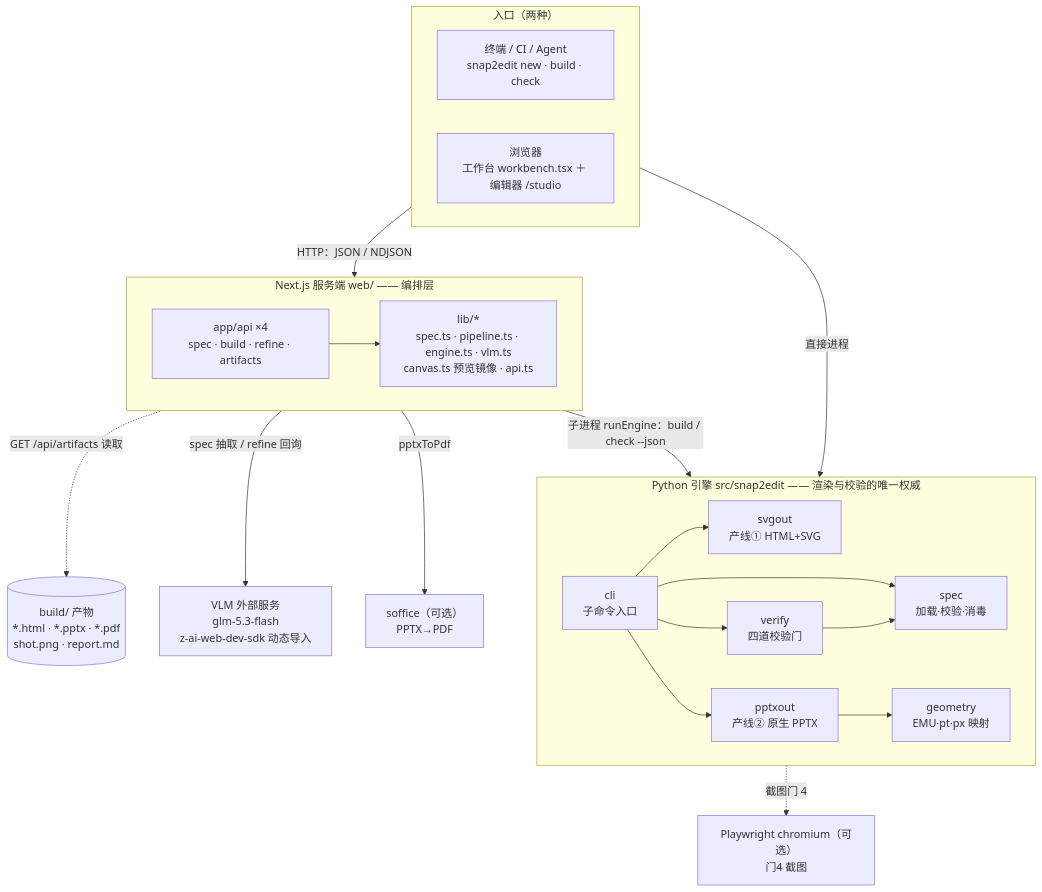
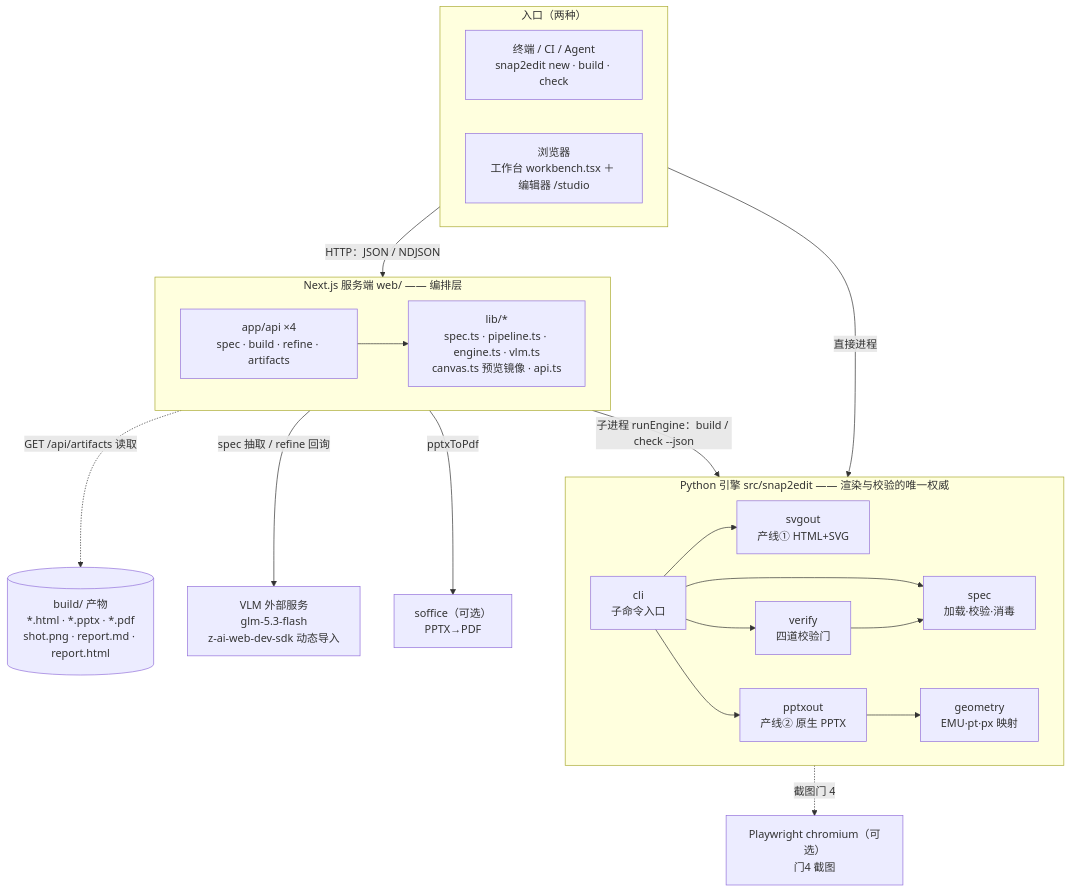
One commit to dongf9527/snap2edit changed the first of 3 diagrams in docs/ARCHITECTURE.md. Above: the diagram before and after it, drawn with Mermaid. The commit also changed other lines of this file and 3 other files, not shown here.

````diff
--- a/docs/ARCHITECTURE.md
+++ b/docs/ARCHITECTURE.md
@@ -154,44 +154,44 @@
 ```mermaid
 flowchart TB
     subgraph ENTRY["入口（两种）"]
         direction LR
         CLI["终端 / CI / Agent<br/>snap2edit new · build · check"]
         BR["浏览器<br/>工作台 workbench.tsx ＋ 编辑器 /studio"]
     end
 
     subgraph ENG["Python 引擎 src/snap2edit —— 渲染与校验的唯一权威"]
         direction LR
         ECLI["cli<br/>子命令入口"]
         ESPEC["spec<br/>加载·校验·消毒"]
         ESVG["svgout<br/>产线① HTML+SVG"]
         EPPTX["pptxout<br/>产线② 原生 PPTX"]
         EVFY["verify<br/>四道校验门"]
         EGEO["geometry<br/>EMU·pt·px 映射"]
     end
 
     subgraph WEB["Next.js 服务端 web/ —— 编排层"]
         direction LR
         WROUTE["app/api ×4<br/>spec · build · refine · artifacts"]
         WLIB["lib/*<br/>spec.ts · pipeline.ts · engine.ts · vlm.ts<br/>canvas.ts 预览镜像 · api.ts"]
     end
 
-    ART[("build/ 产物<br/>*.html · *.pptx · *.pdf<br/>shot.png · report.md")]
+    ART[("build/ 产物<br/>*.html · *.pptx · *.pdf<br/>shot.png · report.md · report.html")]
     VLM["VLM 外部服务<br/>glm-5.3-flash<br/>z-ai-web-dev-sdk 动态导入"]
     SOF["soffice（可选）<br/>PPTX→PDF"]
     PW["Playwright chromium（可选）<br/>门4 截图"]
 
     CLI -->|"直接进程"| ECLI
     BR -->|"HTTP：JSON / NDJSON"| WROUTE
     ECLI --> ESPEC
     ECLI --> ESVG
     ECLI --> EPPTX
     ECLI --> EVFY
     EPPTX --> EGEO
     EVFY --> ESPEC
     WROUTE --> WLIB
     WLIB -->|"子进程 runEngine：build / check --json"| ECLI
     WROUTE -.->|"GET /api/artifacts 读取"| ART
     WLIB -->|"spec 抽取 / refine 回询"| VLM
     WLIB -->|"pptxToPdf"| SOF
     EVFY -.->|"截图门 4"| PW
 ```
````
